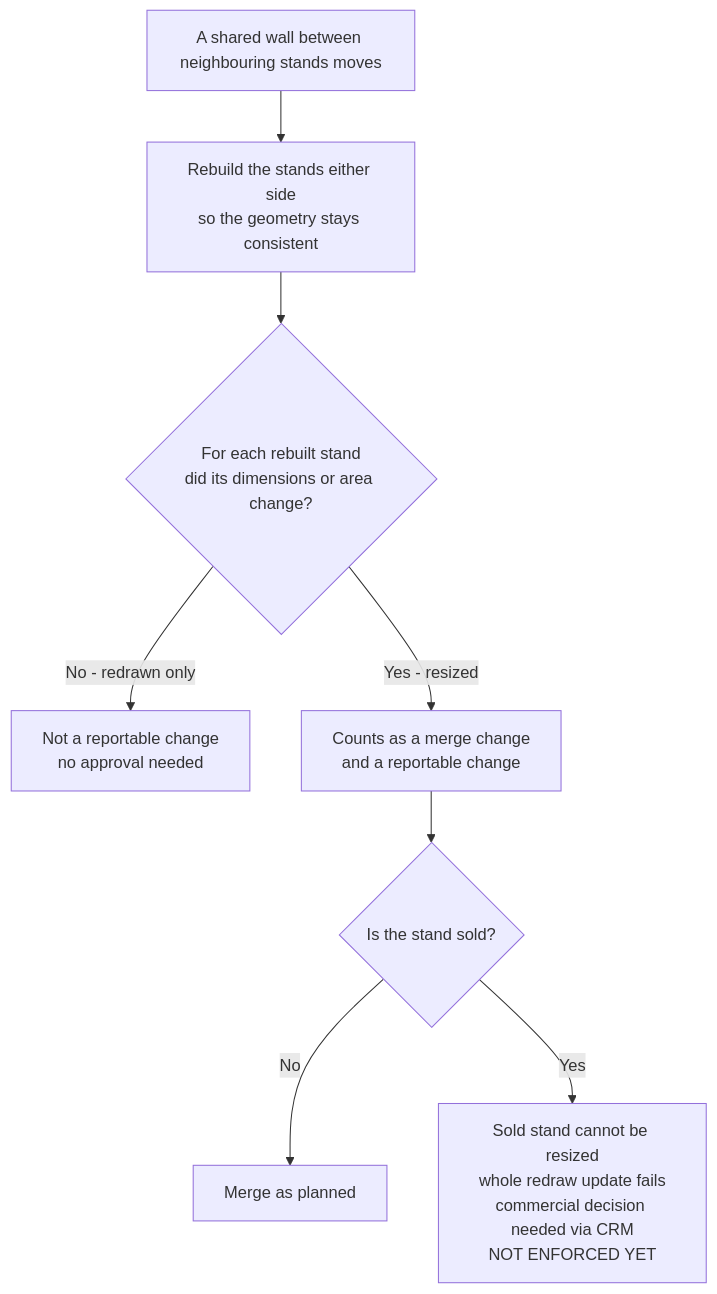
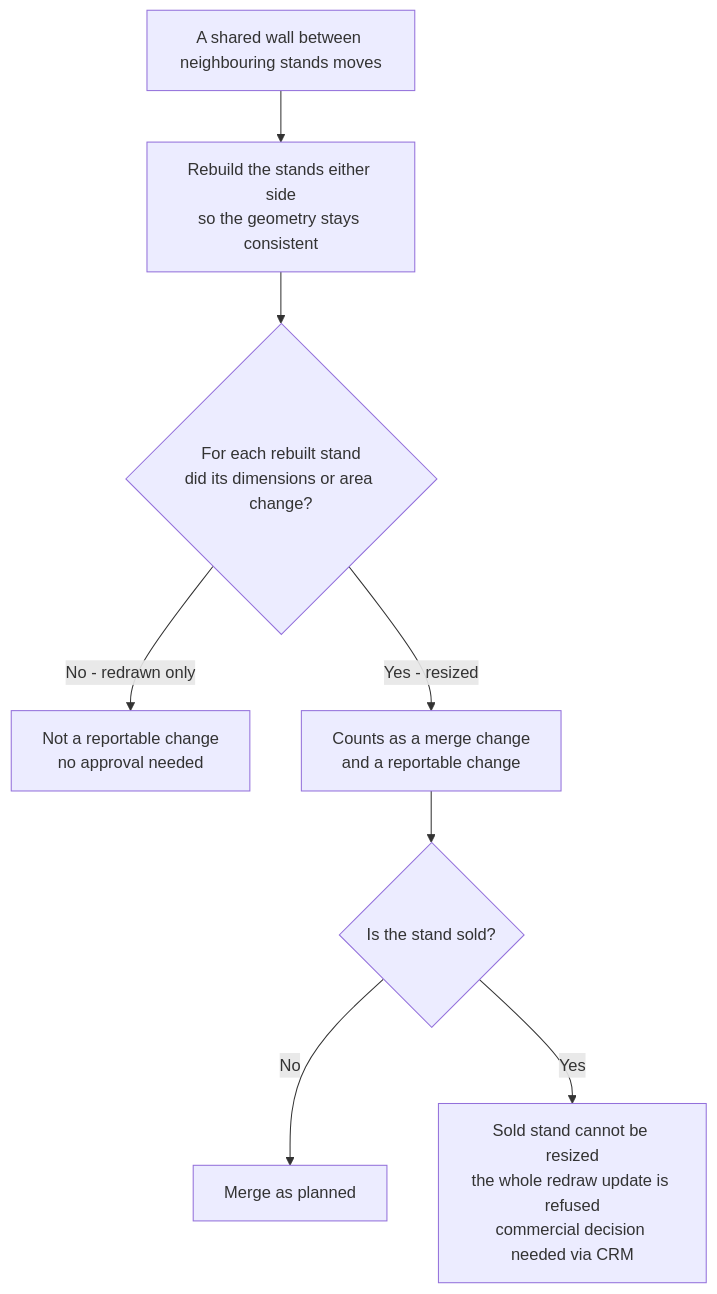
One commit to wknowles/revit-redraw changed the third of 3 diagrams in BUSINESS_PROCESS.md. Above: the diagram before and after it, drawn with Mermaid. The commit also changed other lines of this file and 8 other files, not shown here.

````diff
--- a/BUSINESS_PROCESS.md
+++ b/BUSINESS_PROCESS.md
@@ -202,10 +205,10 @@
 ```mermaid
 flowchart TD
     A["A shared wall between neighbouring stands moves"] --> B["Rebuild the stands either side<br/>so the geometry stays consistent"]
     B --> C{"For each rebuilt stand<br/>did its dimensions or area change?"}
     C -->|No - redrawn only| D["Not a reportable change<br/>no approval needed"]
     C -->|Yes - resized| E["Counts as a merge change<br/>and a reportable change"]
     E --> F{"Is the stand sold?"}
     F -->|No| G["Merge as planned"]
-    F -->|Yes| H["Sold stand cannot be resized<br/>whole redraw update fails<br/>commercial decision needed via CRM<br/>NOT ENFORCED YET"]
+    F -->|Yes| H["Sold stand cannot be resized<br/>the whole redraw update is refused<br/>commercial decision needed via CRM"]
 ```
````
